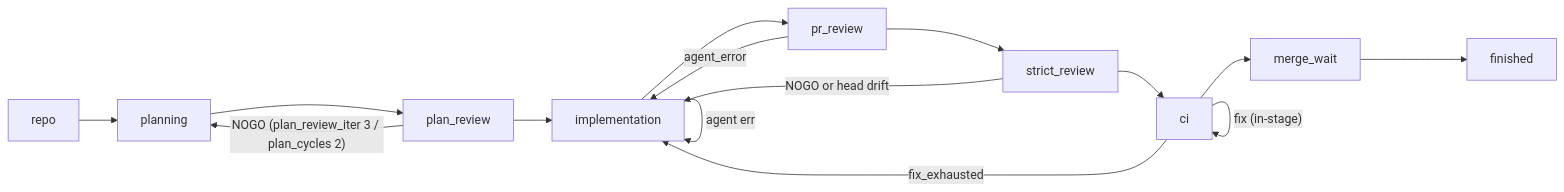
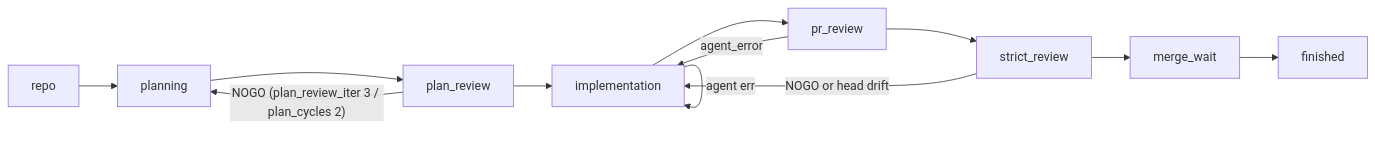
One commit to HomericIntelligence/Hephaestus changed the diagram in docs/AUTOMATION_LOOP_ARCHITECTURE.md. Above: the diagram before and after it, drawn with Mermaid. The commit also changed other lines of this file and 72 other files, not shown here.

````diff
--- a/docs/AUTOMATION_LOOP_ARCHITECTURE.md
+++ b/docs/AUTOMATION_LOOP_ARCHITECTURE.md
@@ -32,10 +33,8 @@
 ```mermaid
 flowchart LR
-  repo --> planning --> plan_review --> implementation --> pr_review --> strict_review --> ci --> merge_wait --> finished
+  repo --> planning --> plan_review --> implementation --> pr_review --> strict_review --> merge_wait --> finished
   plan_review -- "NOGO (plan_review_iter 3 / plan_cycles 2)" --> planning
   implementation -- "agent err" --> implementation
   pr_review -- "agent_error" --> implementation
   strict_review -- "NOGO or head drift" --> implementation
-  ci -- "fix (in-stage)" --> ci
-  ci -- "fix_exhausted" --> implementation
 ```
````
